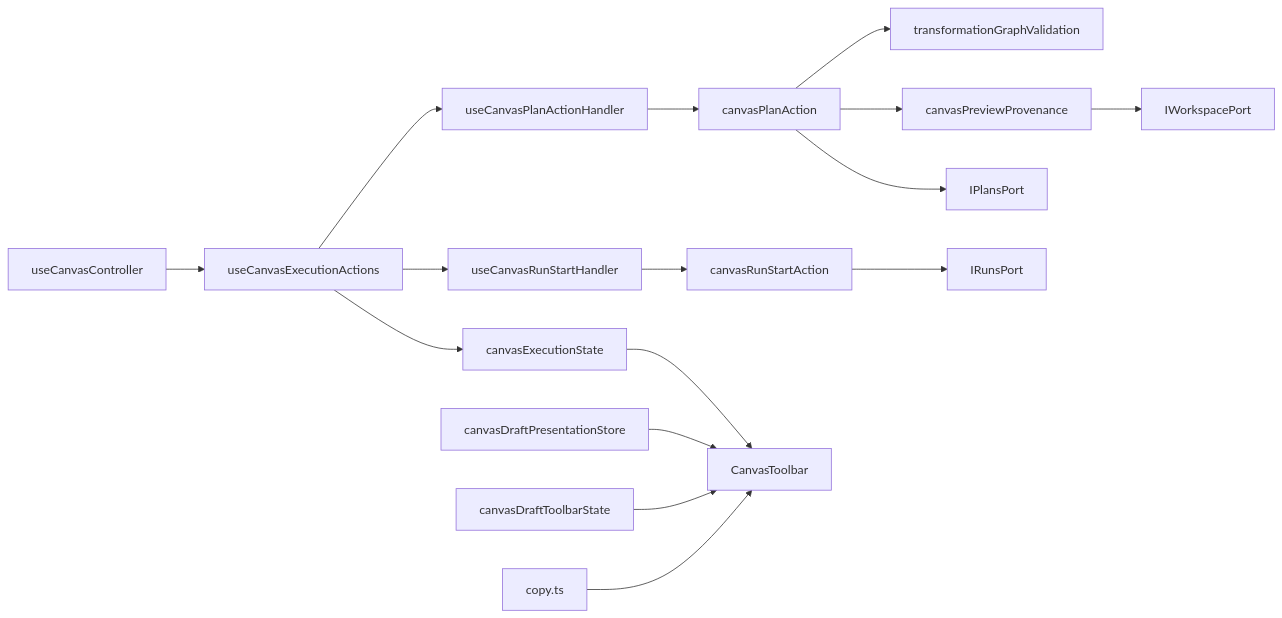
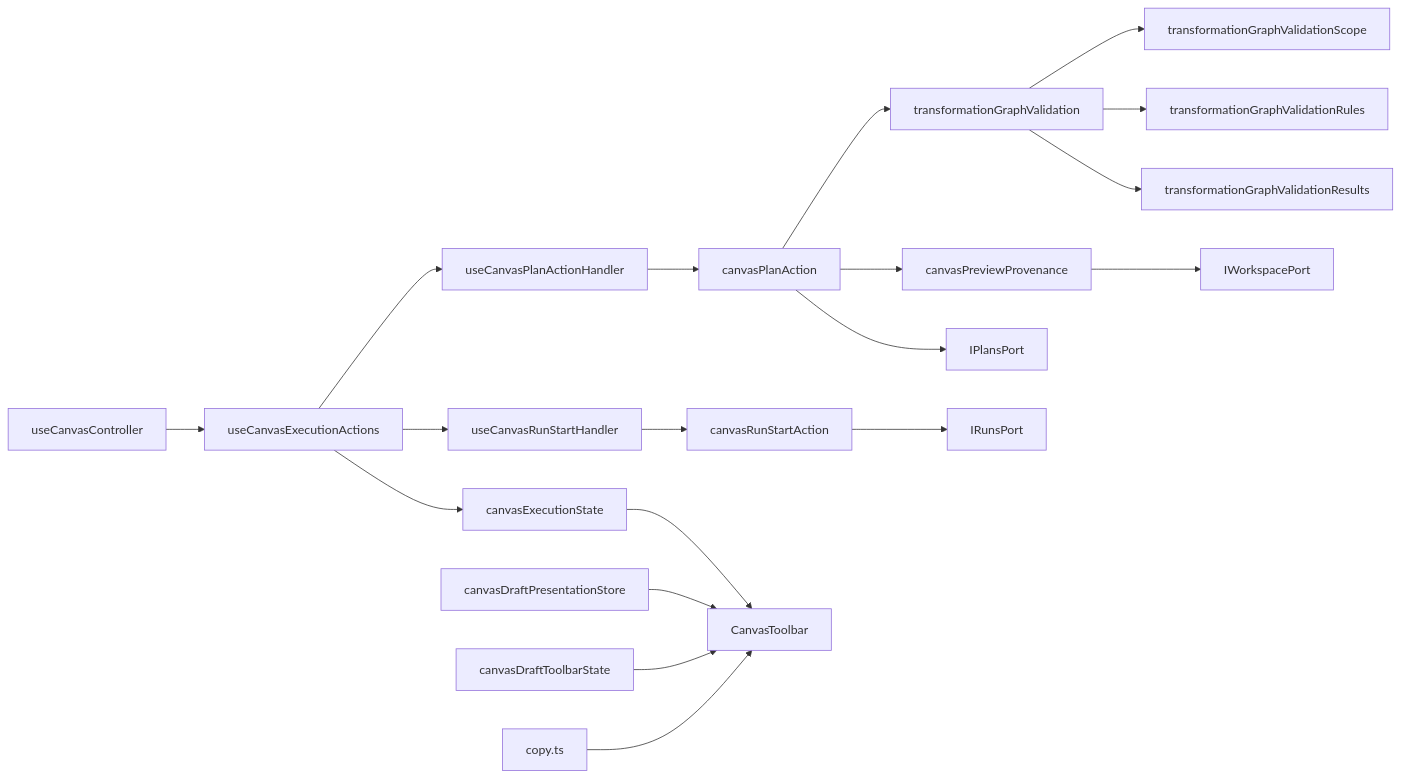
One commit to dunay2/dvt changed the seventh of 8 diagrams in docs/architecture/components/web/graph/canvas-controller-current-to-target-architecture.md. Above: the diagram before and after it, drawn with Mermaid. The commit also changed other lines of this file and 8 other files, not shown here.

Commit message:
refactor(web): Split transformation validation seams

````diff
--- a/docs/architecture/components/web/graph/canvas-controller-current-to-target-architecture.md
+++ b/docs/architecture/components/web/graph/canvas-controller-current-to-target-architecture.md
@@ -541,18 +549,21 @@
 ```mermaid
 flowchart LR
   Controller["useCanvasController"] --> Exec["useCanvasExecutionActions"]
   Exec --> ExecState["canvasExecutionState"]
   Exec --> PlanHandler["useCanvasPlanActionHandler"]
   Exec --> RunHandler["useCanvasRunStartHandler"]
   PlanHandler --> PlanAction["canvasPlanAction"]
   RunHandler --> RunAction["canvasRunStartAction"]
   PlanAction --> Validation["transformationGraphValidation"]
+  Validation --> ValidationScope["transformationGraphValidationScope"]
+  Validation --> ValidationRules["transformationGraphValidationRules"]
+  Validation --> ValidationResults["transformationGraphValidationResults"]
   PlanAction --> Provenance["canvasPreviewProvenance"]
   Provenance --> Workspace["IWorkspacePort"]
   PlanAction --> Plans["IPlansPort"]
   RunAction --> Runs["IRunsPort"]
   ExecState --> Toolbar["CanvasToolbar"]
   DraftStore["canvasDraftPresentationStore"] --> Toolbar
   DraftToolbar["canvasDraftToolbarState"] --> Toolbar
   Copy["copy.ts"] --> Toolbar
 ```
````
